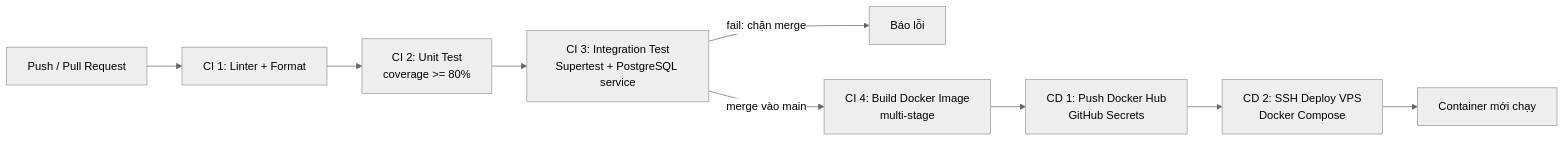
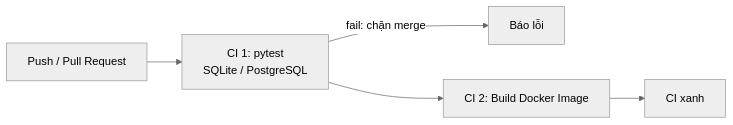
One commit to Shirayuki266/SE-Project-Automated-Multilingual-Audio-Dubbing-System changed the second of 3 diagrams in README.md. Above: the diagram before and after it, drawn with Mermaid (neutral theme). The commit also changed other lines of this file and 60 other files, not shown here.

````diff
--- a/README.md
+++ b/README.md
@@ -202,11 +228,7 @@
 ```mermaid
 flowchart LR
-    A["Push / Pull Request"] --> B["CI 1: Linter + Format"]
-    B --> C["CI 2: Unit Test<br/>coverage >= 80%"]
-    C --> D["CI 3: Integration Test<br/>Supertest + PostgreSQL service"]
-    D -->|"fail: chặn merge"| X["Báo lỗi"]
-    D -->|"merge vào main"| E["CI 4: Build Docker Image<br/>multi-stage"]
-    E --> F["CD 1: Push Docker Hub<br/>GitHub Secrets"]
-    F --> G["CD 2: SSH Deploy VPS<br/>Docker Compose"]
-    G --> H["Container mới chạy"]
+    A["Push / Pull Request"] --> B["CI 1: pytest<br/>SQLite / PostgreSQL"]
+    B -->|"fail: chặn merge"| X["Báo lỗi"]
+    B --> C["CI 2: Build Docker Image"]
+    C --> D["CI xanh"]
 ```
````
